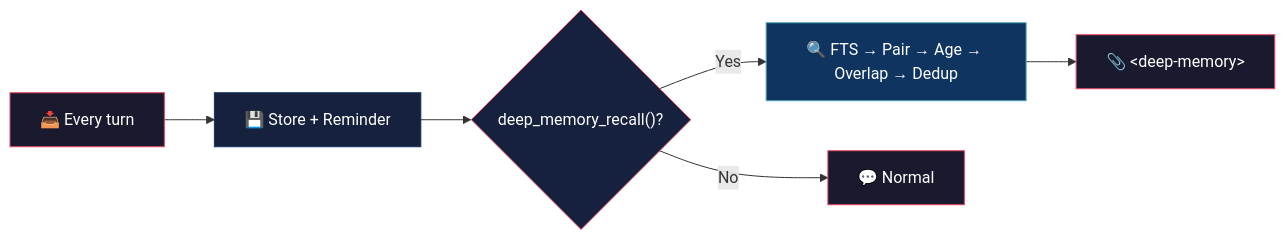
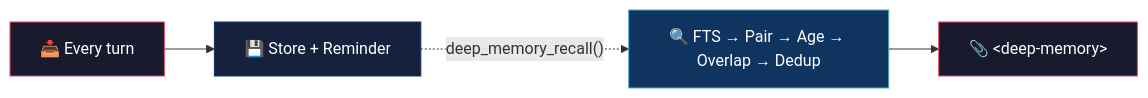
Before and after one commit to alejo54dev/opencode-deep-memory: the diagram in README.md, drawn with Mermaid.

Commit message:
README: dotted arrow flowchart (4 nodes)

````diff
--- a/README.md
+++ b/README.md
@@ -21,15 +21,11 @@
 ```mermaid
 flowchart LR
     A["📥 Every turn"] --> B["💾 Store + Reminder"]
-    B --> C{"deep_memory_recall()?"}
-    C -->|Yes| D["🔍 FTS → Pair → Age → Overlap → Dedup"]
-    D --> E["📎 &lt;deep-memory&gt;"]
-    C -->|No| F["💬 Normal"]
+    B -.->|"deep_memory_recall()"| C["🔍 FTS → Pair → Age → Overlap → Dedup"]
+    C --> D["📎 &lt;deep-memory&gt;"]
 
     style A fill:#1a1a2e,stroke:#e94560,color:#fff
     style B fill:#16213e,stroke:#0f3460,color:#fff
-    style C fill:#16213e,stroke:#e94560,color:#fff
-    style D fill:#0f3460,stroke:#53a8b6,color:#fff
-    style E fill:#1a1a2e,stroke:#e94560,color:#fff
-    style F fill:#1a1a2e,stroke:#e94560,color:#fff
+    style C fill:#0f3460,stroke:#53a8b6,color:#fff
+    style D fill:#1a1a2e,stroke:#e94560,color:#fff
 ```
````
